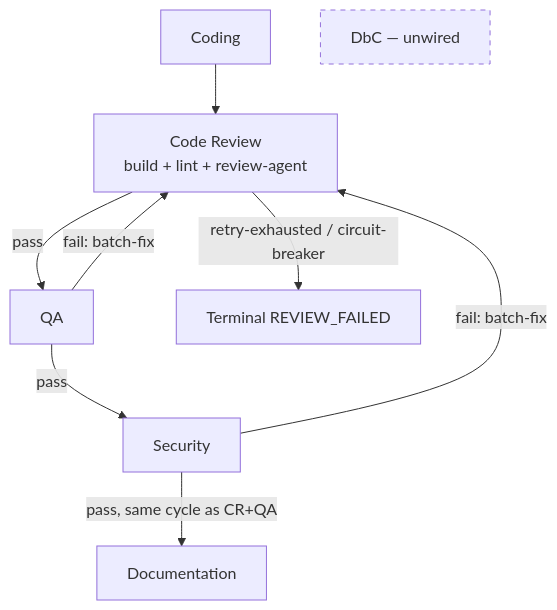
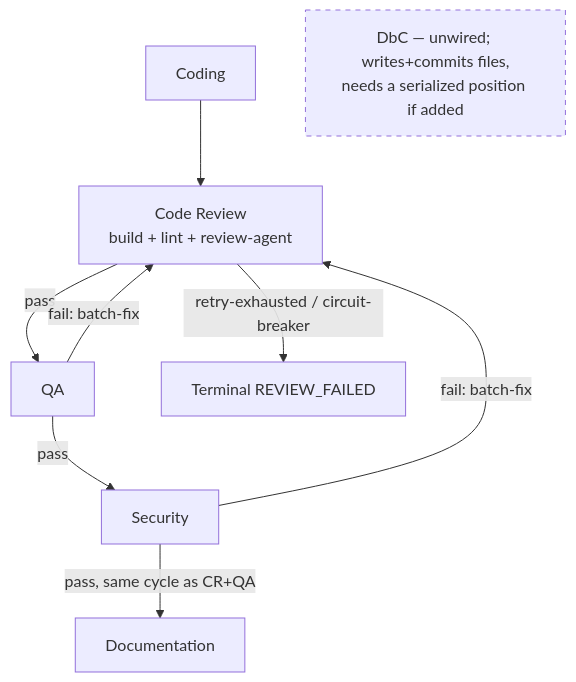
The diagram in backend/agents/software_engineering_team/docs/GATE_DEPENDENCY_GRAPH.md (brandonkindred/Khala-Agentic-AI-Teams), drawn with Mermaid before and after one commit. The commit also changed other lines of this file, not shown here.

First line of the commit message:
Correct DbC dependency classification in gate dependency graph

````diff
--- a/backend/agents/software_engineering_team/docs/GATE_DEPENDENCY_GRAPH.md
+++ b/backend/agents/software_engineering_team/docs/GATE_DEPENDENCY_GRAPH.md
@@ -72,13 +72,13 @@
 ```mermaid
 flowchart TD
     Coding[Coding] --> CR[Code Review\nbuild + lint + review-agent]
     CR -->|pass| QA[QA]
     QA -->|fail: batch-fix| CR
     QA -->|pass| Sec[Security]
     Sec -->|fail: batch-fix| CR
     CR -->|retry-exhausted / circuit-breaker| Fail[Terminal REVIEW_FAILED]
     Sec -->|pass, same cycle as CR+QA| Doc[Documentation]
-    DbC[DbC — unwired]:::dormant
+    DbC[DbC — unwired; writes+commits files,\nneeds a serialized position if added]:::dormant
 
     classDef dormant stroke-dasharray: 5 5
 ```
````
